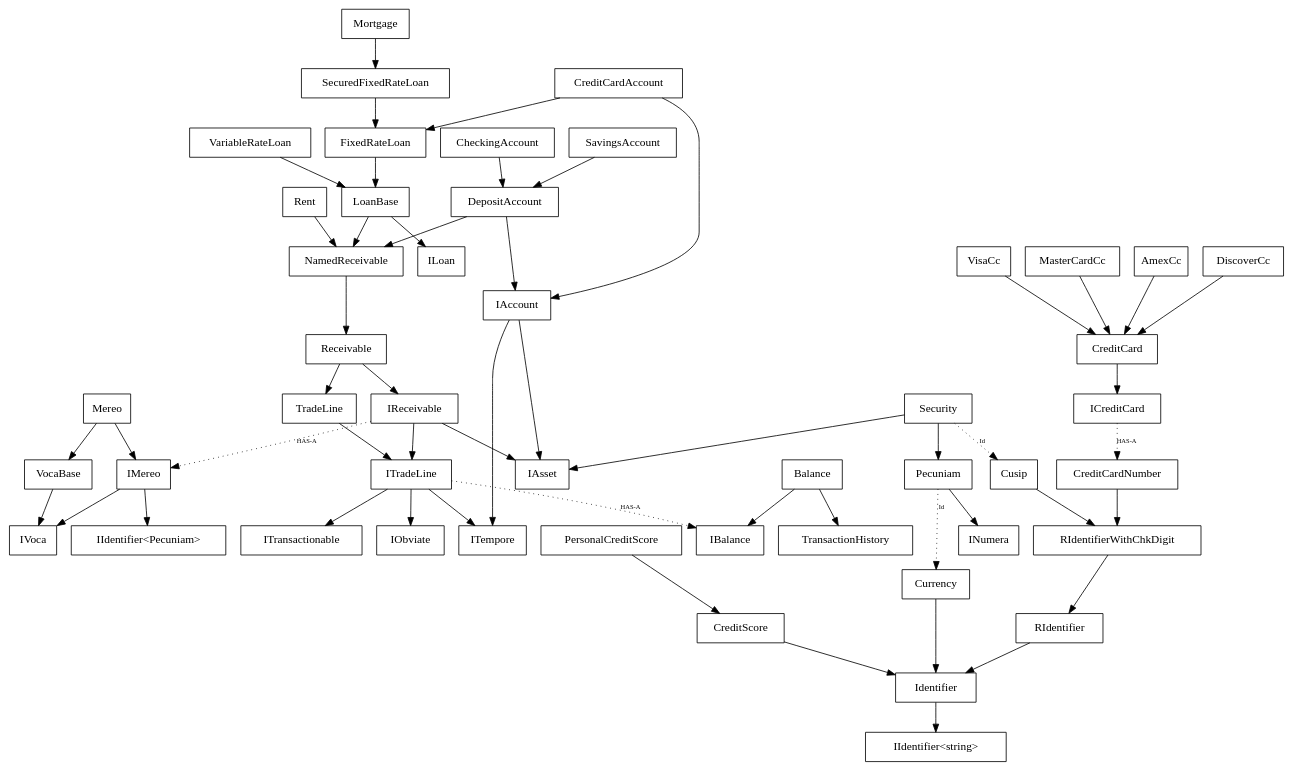
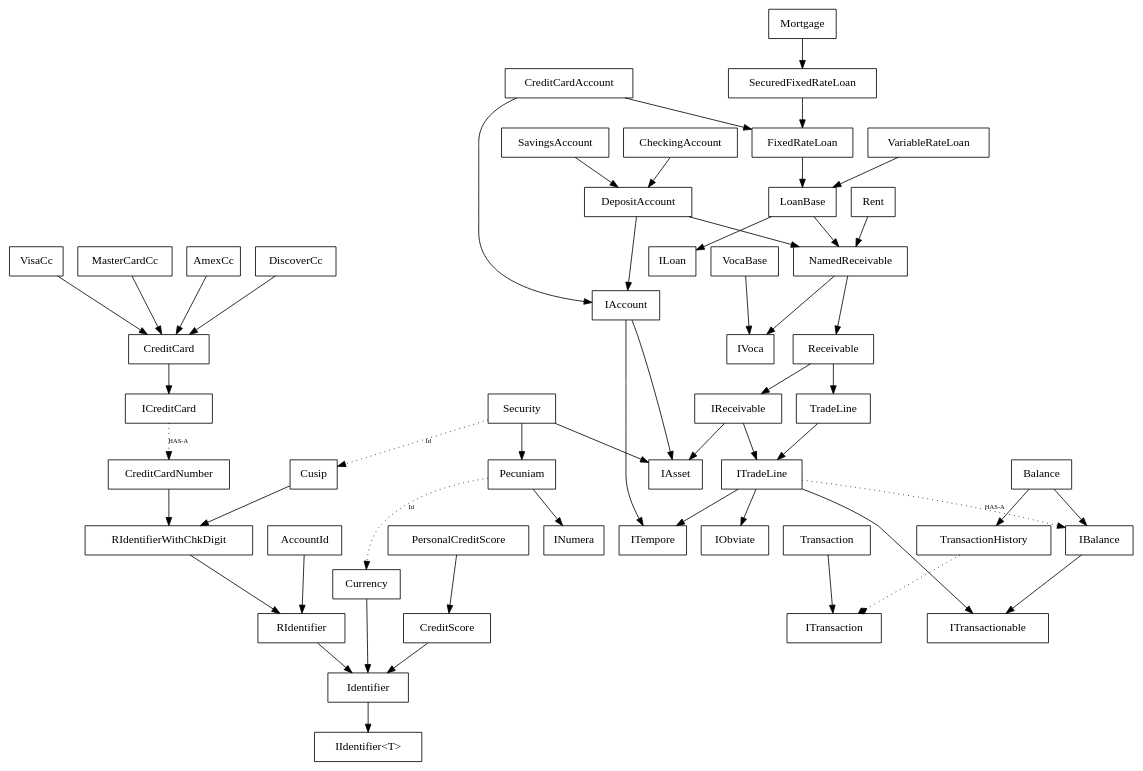
Before and after one commit to nofuture-git/31g: the diagram in trunk/Code/NoFuture/Rand/Sp/__ClassDiagram.gv, drawn with Graphviz. The commit also changed 4 other files, not shown here.

Commit message:
updated the Rand.Sp class diagram to reflect recent changes

```diff
--- a/trunk/Code/NoFuture/Rand/Sp/__ClassDiagram.gv
+++ b/trunk/Code/NoFuture/Rand/Sp/__ClassDiagram.gv
@@ -1,59 +1,58 @@
 digraph noFutureRandDataSp {
     node [fontname=Consolas, shape=box]
     
-    PecuniamIdentifier [label="IIdentifier<Pecuniam>"]
-    StringId [label="IIdentifier<string>"]
+    StringId [label="IIdentifier<T>"]
     
     Mortgage -> SecuredFixedRateLoan
     SecuredFixedRateLoan -> FixedRateLoan
     CreditCardAccount -> FixedRateLoan
     CreditCardAccount -> IAccount
     FixedRateLoan -> LoanBase
     LoanBase -> NamedReceivable
     Rent -> NamedReceivable
     CheckingAccount -> DepositAccount
     SavingsAccount -> DepositAccount
     DepositAccount -> NamedReceivable
     DepositAccount -> IAccount
     Receivable -> IReceivable
     Receivable -> TradeLine
     IReceivable -> ITradeLine
     IReceivable -> IAsset
-    IReceivable -> IMereo [style="dotted", label="HAS-A",fontname=Consolas, fontsize=8]
-    Mereo -> VocaBase
-    Mereo -> IMereo
-    IMereo -> IVoca
     VocaBase -> IVoca
-    IMereo -> PecuniamIdentifier
     LoanBase -> ILoan
     TradeLine -> ITradeLine
     ITradeLine -> ITempore
     ITradeLine -> ITransactionable
     ITradeLine -> IObviate
     IAccount -> IAsset
     IAccount -> ITempore
     NamedReceivable -> Receivable
+    NamedReceivable -> IVoca
     ITradeLine -> IBalance [style="dotted" label="HAS-A",fontname=Consolas, fontsize=8]
     Balance -> IBalance
     Balance -> TransactionHistory
     VariableRateLoan -> LoanBase
     Security -> IAsset
     Security -> Pecuniam
     Security -> Cusip [style="dotted", label="Id",fontname=Consolas, fontsize=8]
     Cusip -> RIdentifierWithChkDigit
     RIdentifierWithChkDigit -> RIdentifier
     RIdentifier -> Identifier
     Pecuniam -> Currency [style="dotted", label="Id",fontname=Consolas, fontsize=8]
     Currency -> Identifier
     Pecuniam -> INumera
     CreditScore -> Identifier
     PersonalCreditScore -> CreditScore
     CreditCardNumber -> RIdentifierWithChkDigit
     VisaCc -> CreditCard
     MasterCardCc -> CreditCard
     AmexCc -> CreditCard
     DiscoverCc -> CreditCard
     CreditCard -> ICreditCard
     ICreditCard -> CreditCardNumber [style="dotted" label="HAS-A",fontname=Consolas, fontsize=8]
     Identifier -> StringId
+    IBalance -> ITransactionable
+    AccountId -> RIdentifier
+    TransactionHistory -> ITransaction [style="dotted" arrowhead="diamond"]
+    Transaction -> ITransaction
 }
```
